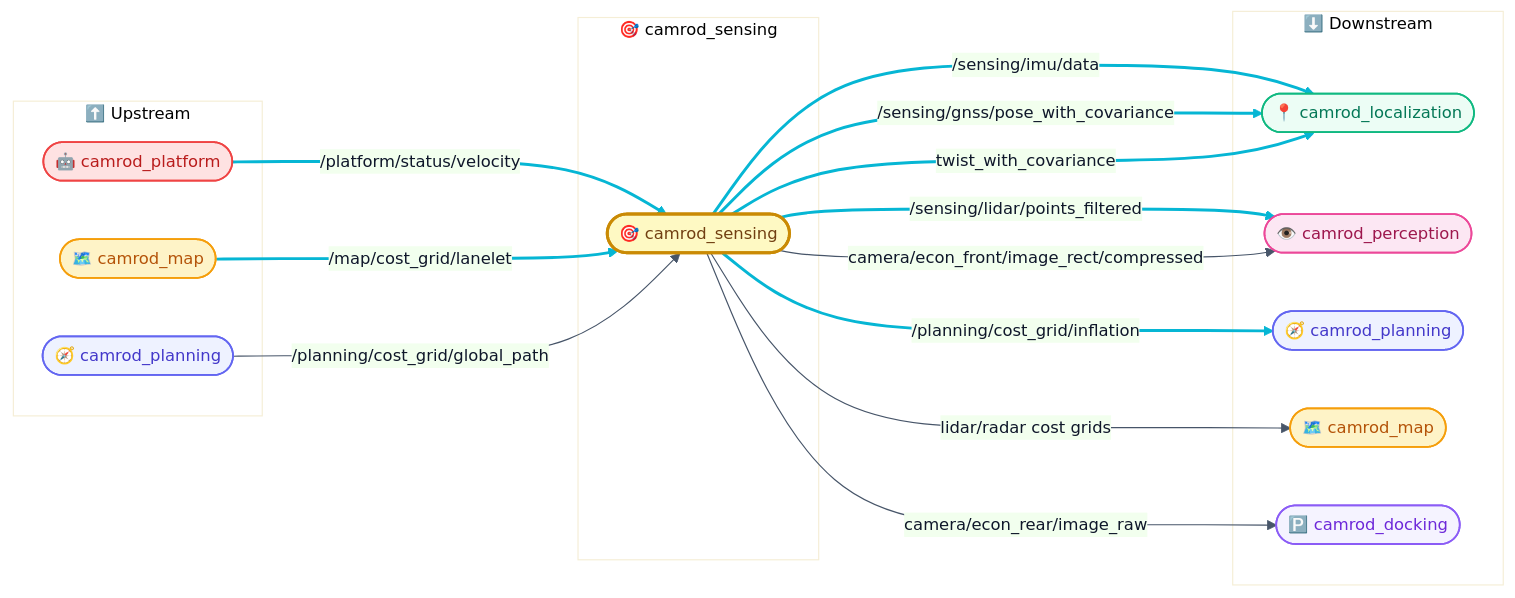
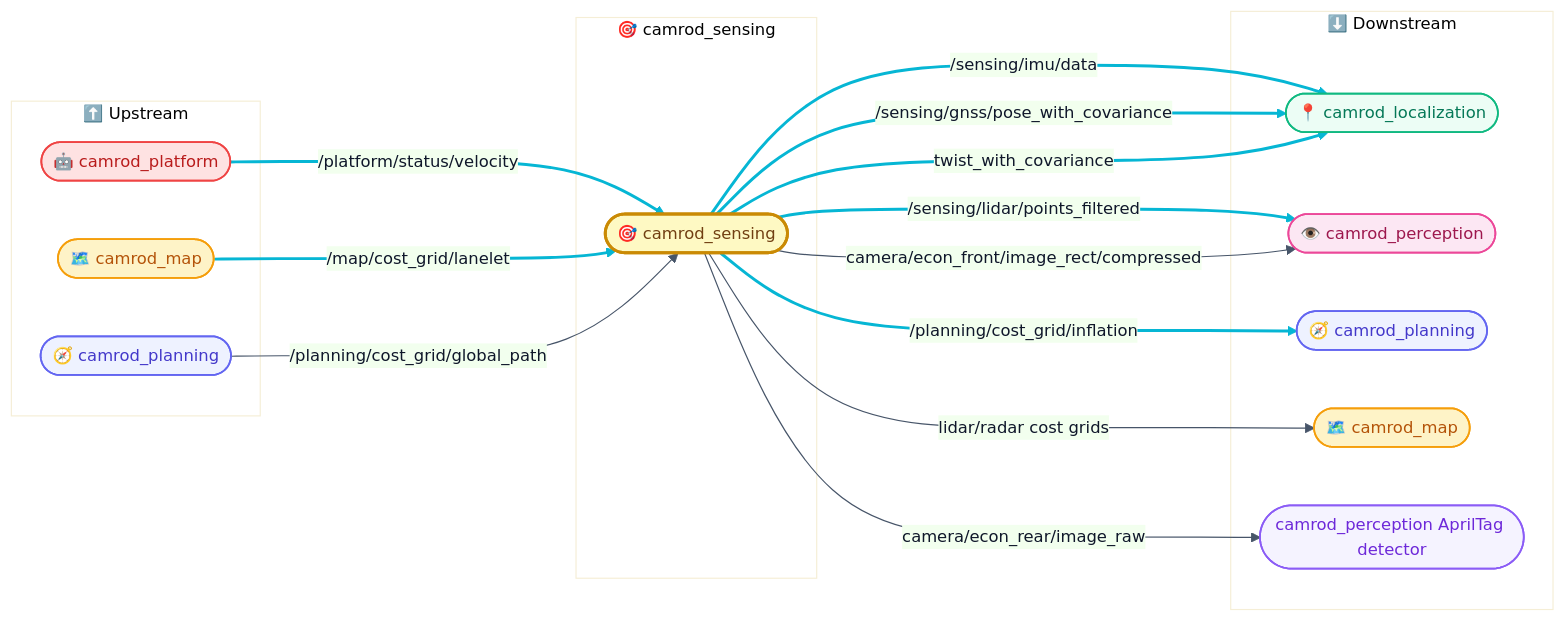
One commit to hwanhonglee/CAMROD changed the first of 3 diagrams in camrod_sensing/README.md. Above: the diagram before and after it, drawn with Mermaid. The commit also changed other lines of this file and 48 other files, not shown here.

````diff
--- a/camrod_sensing/README.md
+++ b/camrod_sensing/README.md
@@ -41,50 +41,50 @@
 ```mermaid
 %%{init: {'theme': 'base', 'themeVariables': {'fontFamily': 'ui-sans-serif, system-ui, sans-serif', 'fontSize': '14px', 'primaryColor': '#EEF2FF', 'primaryTextColor': '#0F172A', 'primaryBorderColor': '#6366F1', 'lineColor': '#475569'}, 'flowchart': {'curve': 'basis', 'htmlLabels': true, 'padding': 12}}}%%
 graph LR
   classDef sensing      fill:#ECFEFF,stroke:#06B6D4,stroke-width:1.5px,color:#0E7490;
   classDef localization fill:#ECFDF5,stroke:#10B981,stroke-width:1.5px,color:#047857;
   classDef mapping      fill:#FEF3C7,stroke:#F59E0B,stroke-width:1.5px,color:#B45309;
   classDef perception   fill:#FCE7F3,stroke:#EC4899,stroke-width:1.5px,color:#9D174D;
   classDef planning     fill:#EEF2FF,stroke:#6366F1,stroke-width:1.5px,color:#4338CA;
   classDef platform     fill:#FEE2E2,stroke:#EF4444,stroke-width:1.5px,color:#B91C1C;
-  classDef docking      fill:#F5F3FF,stroke:#8B5CF6,stroke-width:1.5px,color:#6D28D9;
+  classDef parking      fill:#F5F3FF,stroke:#8B5CF6,stroke-width:1.5px,color:#6D28D9;
   classDef system       fill:#F1F5F9,stroke:#64748B,stroke-width:1.5px,color:#334155;
   classDef ui           fill:#FFF7ED,stroke:#F97316,stroke-width:1.5px,color:#C2410C;
   classDef topic        fill:#F8FAFC,stroke:#94A3B8,stroke-width:1px,color:#475569,font-style:italic;
   classDef config       fill:#FFFBEB,stroke:#D97706,stroke-width:1.5px,color:#92400E;
   classDef hardware     fill:#FAFAFA,stroke:#6B7280,stroke-width:1.5px,color:#374151;
   classDef highlight    fill:#FEF9C3,stroke:#CA8A04,stroke-width:2.5px,color:#713F12;
 
   subgraph UP["⬆️ Upstream"]
     PLAT([🤖 camrod_platform]):::platform
     MAP([🗺️ camrod_map]):::mapping
     PLAN_IN([🧭 camrod_planning]):::planning
   end
 
   subgraph CS["🎯 camrod_sensing"]
     SENS([🎯 camrod_sensing]):::highlight
   end
 
   subgraph DN["⬇️ Downstream"]
     LOC([📍 camrod_localization]):::localization
     PERC([👁️ camrod_perception]):::perception
     PLAN_OUT([🧭 camrod_planning]):::planning
     MAP_VIZ([🗺️ camrod_map]):::mapping
-    PARK([🅿️ camrod_docking]):::docking
+    PARK([camrod_perception AprilTag detector]):::parking
   end
 
   PLAT  ==>|/platform/status/velocity| SENS
   MAP   ==>|/map/cost_grid/lanelet| SENS
   PLAN_IN -->|/planning/cost_grid/global_path| SENS
 
   SENS ==>|/sensing/imu/data| LOC
   SENS ==>|/sensing/gnss/pose_with_covariance| LOC
   SENS ==>|twist_with_covariance| LOC
   SENS ==>|/sensing/lidar/points_filtered| PERC
   SENS ==>|/planning/cost_grid/inflation| PLAN_OUT
   SENS -->|lidar/radar cost grids| MAP_VIZ
   SENS -->|camera/econ_front/image_rect/compressed| PERC
   SENS -->|camera/econ_rear/image_raw| PARK
 
   linkStyle 0,1,3,4,5,6,7 stroke:#06B6D4,stroke-width:2.5px;
 ```
````
